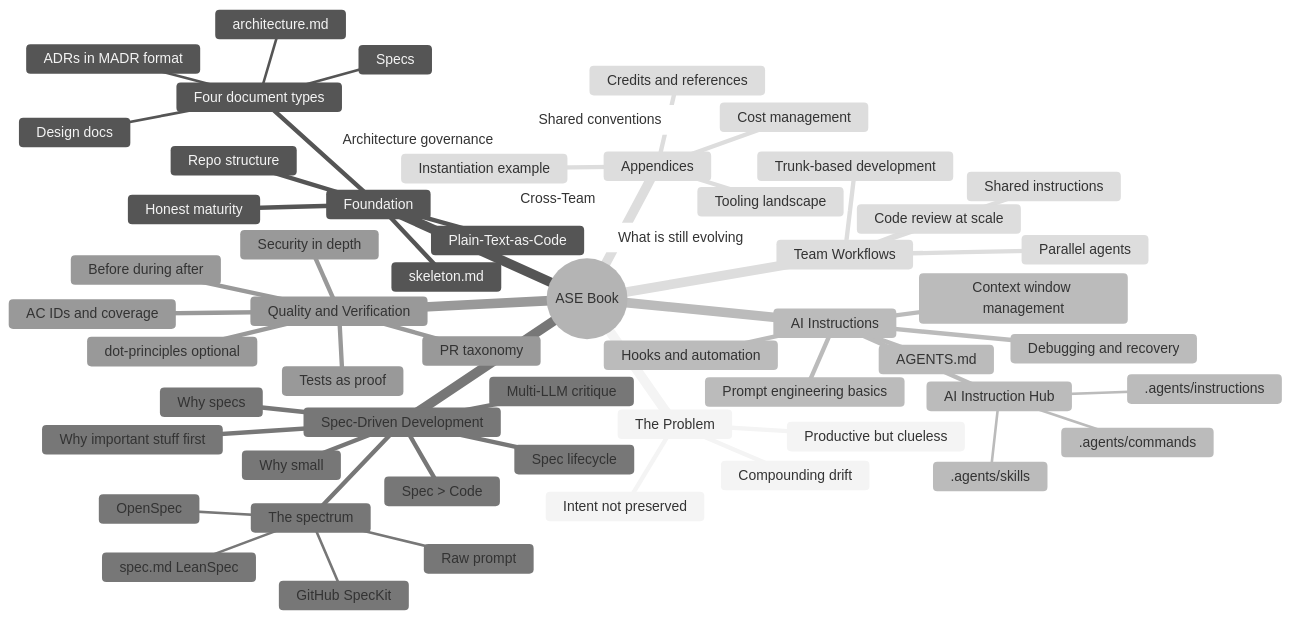
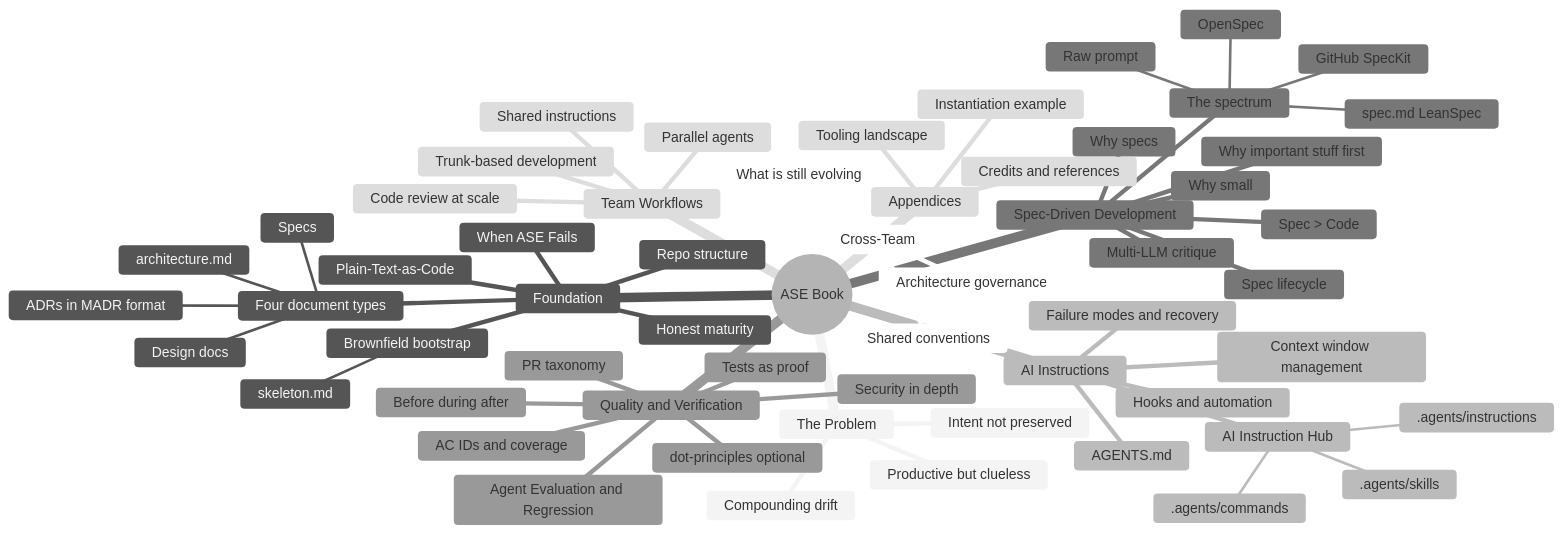
The diagram in idea.md (intent-engineering-for-coding-agents/book), drawn with Mermaid (neutral theme) before and after one commit. The commit also changed other lines of this file and 1 other file, not shown here.

First line of the commit message:
plan: re-scope topics and add brownfield bootstrap

````diff
--- a/idea.md
+++ b/idea.md
@@ -73,61 +107,62 @@
 ```mermaid
 mindmap
   root((ASE Book))
     The Problem
       Productive but clueless
       Compounding drift
       Intent not preserved
     Foundation
       Repo structure
       Four document types
         architecture.md
         ADRs in MADR format
         Design docs
         Specs
       Plain-Text-as-Code
-      skeleton.md
       Honest maturity
+      Brownfield bootstrap
+        skeleton.md
+      When ASE Fails
     AI Instructions
-      Prompt engineering basics
       AGENTS.md
       AI Instruction Hub
         .agents/instructions
         .agents/skills
         .agents/commands
       Hooks and automation
       Context window management
-      Debugging and recovery
+      Failure modes and recovery
     Spec-Driven Development
       Why specs
       Why small
       Why important stuff first
       The spectrum
         Raw prompt
         spec.md LeanSpec
         OpenSpec
         GitHub SpecKit
       Spec lifecycle
       Spec > Code
       Multi-LLM critique
     Quality and Verification
       Tests as proof
+      Agent Evaluation and Regression
       AC IDs and coverage
       Before during after
       Security in depth
       PR taxonomy
       dot-principles optional
     Team Workflows
       Trunk-based development
       Parallel agents
       Shared instructions
       Code review at scale
     Cross-Team
       Architecture governance
       Shared conventions
       What is still evolving
     Appendices
       Tooling landscape
-      Cost management
       Instantiation example
       Credits and references
 ```
````
